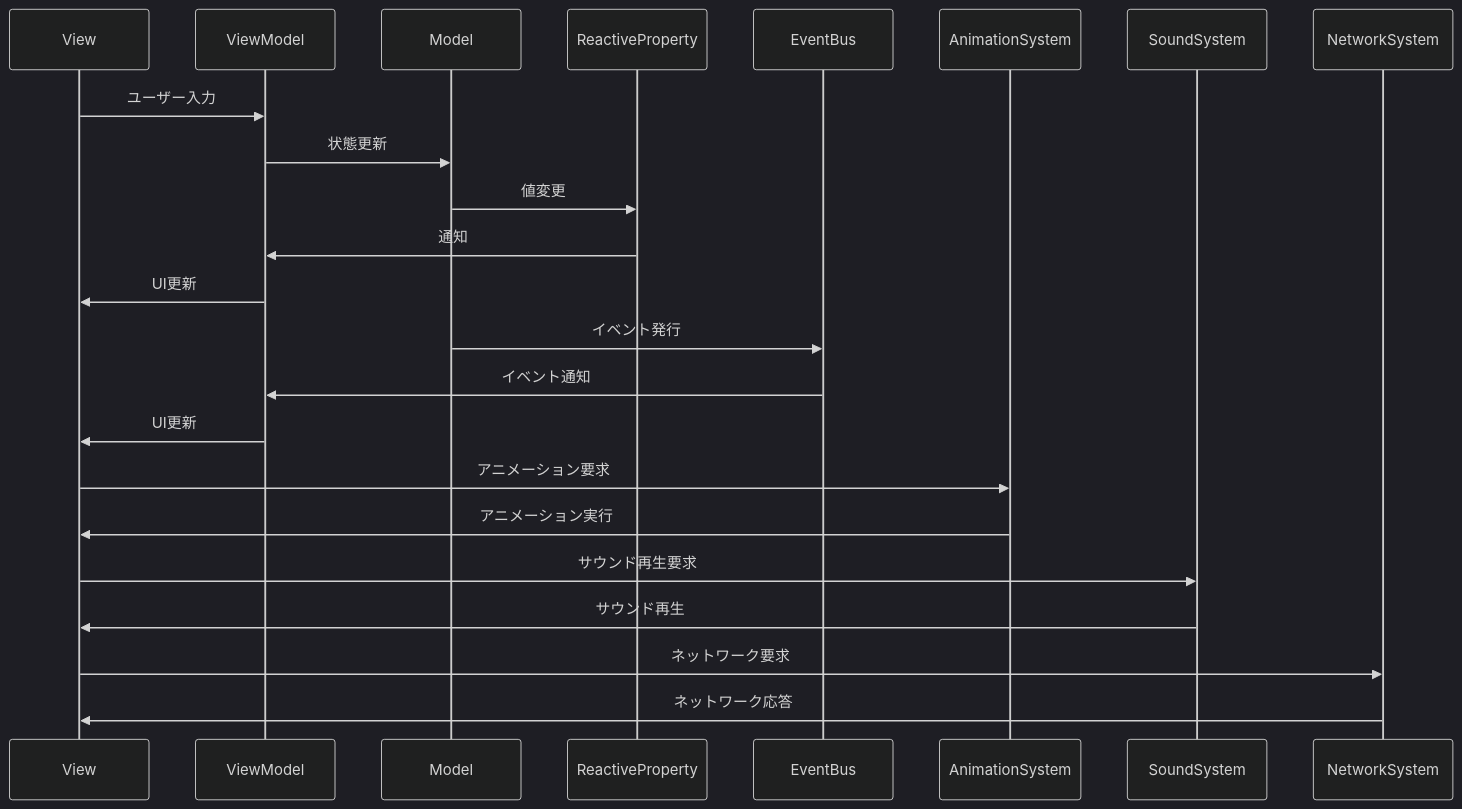
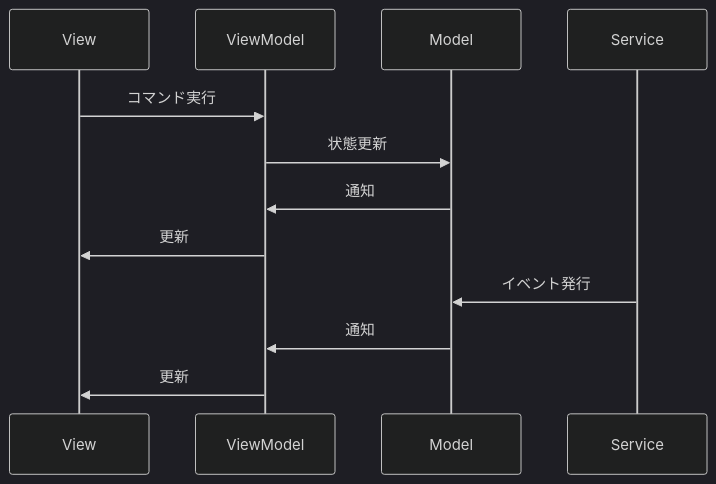
The second of 4 diagrams in Docs/10_CoreDocs/12_Architecture/12_03_detailed_design.md (nel2116/GodotGame), drawn with Mermaid (dark theme) before and after one commit. The commit also changed other lines of this file and 35 other files, not shown here.

````diff
--- a/Docs/10_CoreDocs/12_Architecture/12_03_detailed_design.md
+++ b/Docs/10_CoreDocs/12_Architecture/12_03_detailed_design.md
@@ -132,35 +83,14 @@
 ```mermaid
 sequenceDiagram
     participant V as View
     participant VM as ViewModel
     participant M as Model
-    participant RP as ReactiveProperty
-    participant EB as EventBus
-    participant AS as AnimationSystem
-    participant SS as SoundSystem
-    participant NS as NetworkSystem
-
-    %% 通常の更新フロー
-    V->>VM: ユーザー入力
+    participant S as Service
+    V->>VM: コマンド実行
     VM->>M: 状態更新
-    M->>RP: 値変更
-    RP->>VM: 通知
-    VM->>V: UI更新
-
-    %% イベント処理フロー
-    M->>EB: イベント発行
-    EB->>VM: イベント通知
-    VM->>V: UI更新
-
-    %% アニメーション処理
-    V->>AS: アニメーション要求
-    AS->>V: アニメーション実行
-
-    %% サウンド処理
-    V->>SS: サウンド再生要求
-    SS->>V: サウンド再生
-
-    %% ネットワーク処理
-    V->>NS: ネットワーク要求
-    NS->>V: ネットワーク応答
+    M->>VM: 通知
+    VM->>V: 更新
+    S->>M: イベント発行
+    M->>VM: 通知
+    VM->>V: 更新
 ```
````
